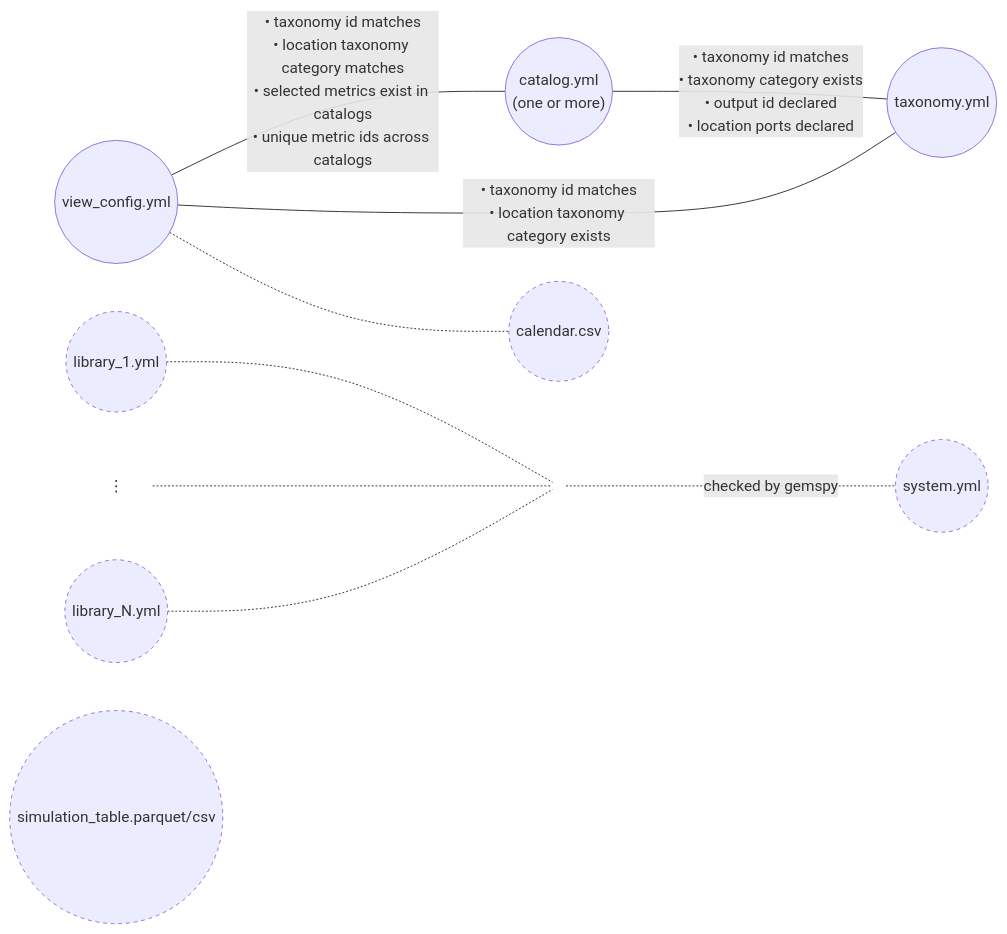
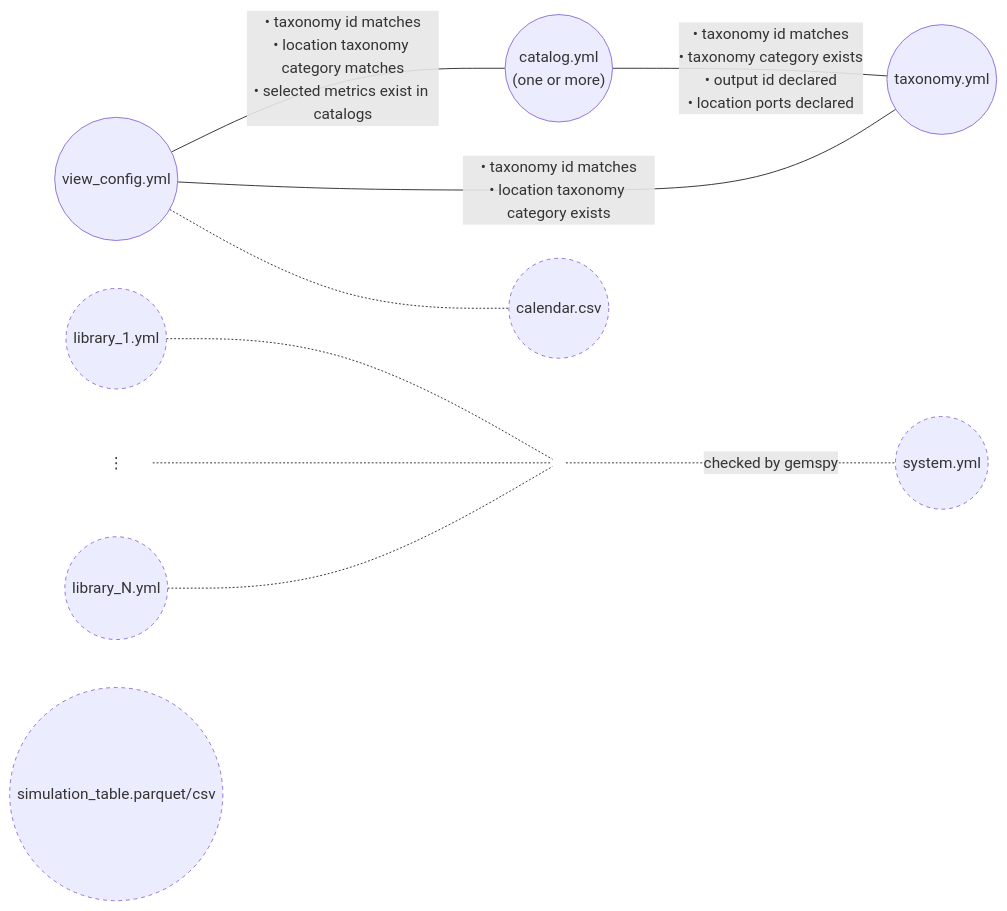
Before and after one commit to AntaresSimulatorTeam/GEMS-ViewsBuilder: the diagram in docs/input_validation_diagram.md, drawn with Mermaid. The commit also changed other lines of this file and 2 other files, not shown here.

Commit message:
refactor(validation): streamline catalog validation logic and update tests
- Simplified the `CatalogsViewConfigValidator` by removing unnecessary parameters and enhancing the validation process for catalogs against view configurations.
- Updated the input validation diagram to reflect changes in validation checks, removing the unique metric IDs check for clarity.
- Renamed test functions for consistency and improved clarity in test case descriptions.
- Adjusted related tests to ensure they align with the new validation structure and maintain functionality.

````diff
--- a/docs/input_validation_diagram.md
+++ b/docs/input_validation_diagram.md
@@ -6,28 +6,28 @@
 ```mermaid
 graph LR
     catalog(("catalog.yml<br/>(one or more)"))
     taxonomy(("taxonomy.yml"))
     view_config(("view_config.yml"))
     library_1(("library_1.yml"))
     library_dots["⋮"]
     library_n(("library_N.yml"))
     library_join((" "))
     system(("system.yml"))
     simulation_table(("simulation_table.parquet/csv"))
     calendar(("calendar.csv"))
 
     catalog -- "• taxonomy id matches<br/>• taxonomy category exists<br/>• output id declared<br/>• location ports declared" --- taxonomy
     view_config -- "• taxonomy id matches<br/>• location taxonomy category exists" --- taxonomy
-    view_config -- "• taxonomy id matches<br/>• location taxonomy category matches<br/>• selected metrics exist in catalogs<br/>• unique metric ids across catalogs" --- catalog
+    view_config -- "• taxonomy id matches<br/>• location taxonomy category matches<br/>• selected metrics exist in catalogs" --- catalog
 
     library_1 -.- library_join
     library_dots -.- library_join
     library_n -.- library_join
     library_join -. "checked by gemspy" .- system
     view_config -.- calendar
 
     classDef unvalidated stroke-dasharray: 4 4;
     classDef plain stroke: none, fill: none;
     class library_1,library_n,system,simulation_table,calendar unvalidated;
     class library_dots,library_join plain;
 ```
````
